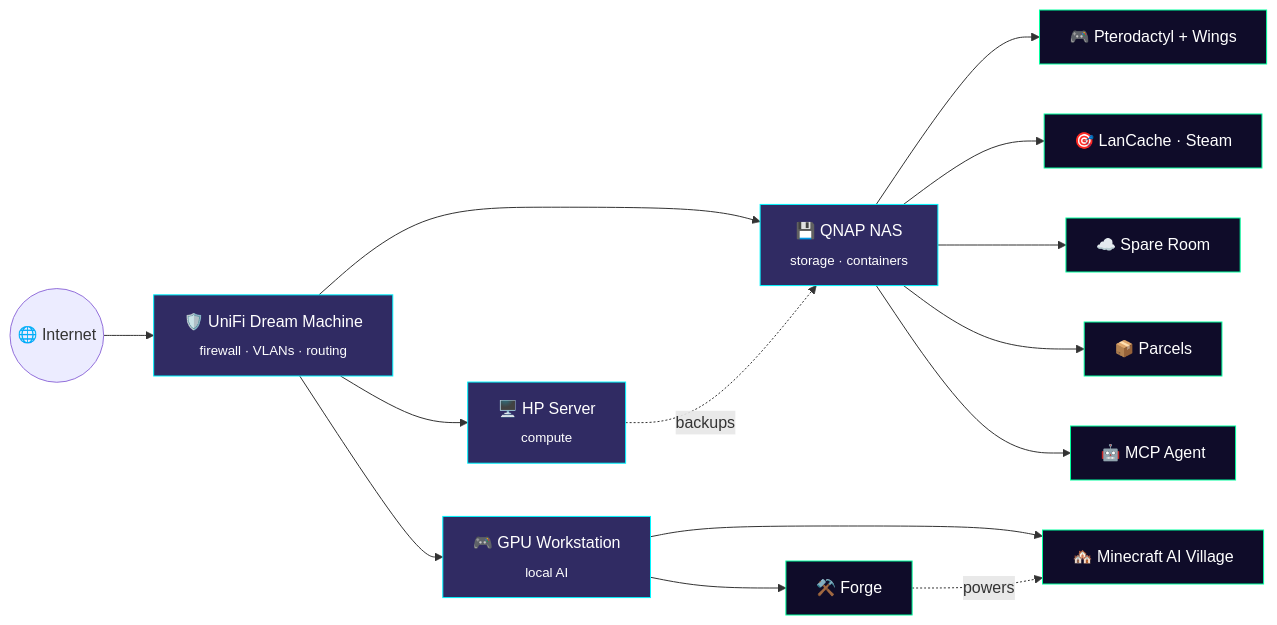
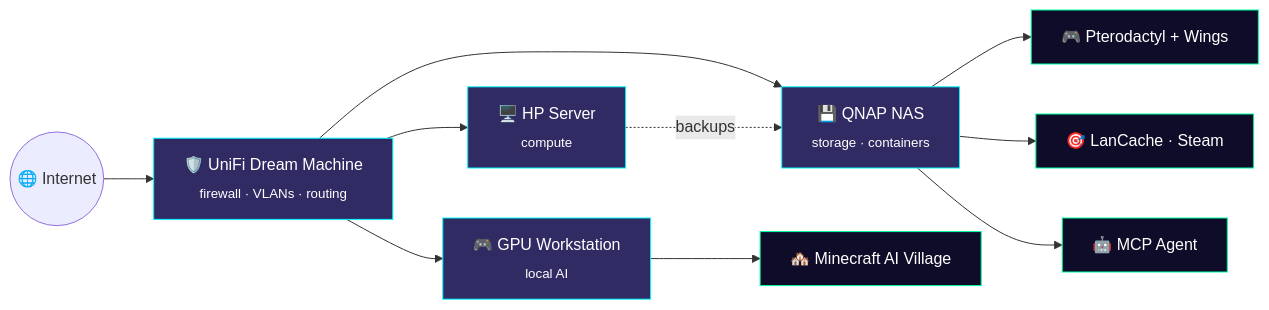
The diagram in README.md (WiggleCodes/WiggleCodes), drawn with Mermaid before and after one commit. The commit also changed other lines of this file, not shown here.

````diff
--- a/README.md
+++ b/README.md
@@ -132,23 +100,19 @@
 ```mermaid
 flowchart LR
     NET((🌐 Internet)) --> UDM[🛡️ UniFi Dream Machine<br/><sub>firewall · VLANs · routing</sub>]
     UDM --> HP[🖥️ HP Server<br/><sub>compute</sub>]
     UDM --> NAS[💾 QNAP NAS<br/><sub>storage · containers</sub>]
     UDM --> PC[🎮 GPU Workstation<br/><sub>local AI</sub>]
 
     NAS --> PT[🎮 Pterodactyl + Wings]
     NAS --> LC[🎯 LanCache · Steam]
-    NAS --> SR[☁️ Spare Room]
-    NAS --> PA[📦 Parcels]
     NAS --> MCP[🤖 MCP Agent]
     HP -. backups .-> NAS
 
-    PC --> FORGE[⚒️ Forge]
     PC --> MC[🏘️ Minecraft AI Village]
-    FORGE -. powers .-> MC
 
     classDef core fill:#302b63,stroke:#00f7ff,color:#fff;
     classDef svc fill:#0f0c29,stroke:#00ff9d,color:#fff;
     class UDM,HP,NAS,PC core;
-    class PT,LC,SR,PA,MCP,FORGE,MC svc;
+    class PT,LC,MCP,MC svc;
 ```
````
